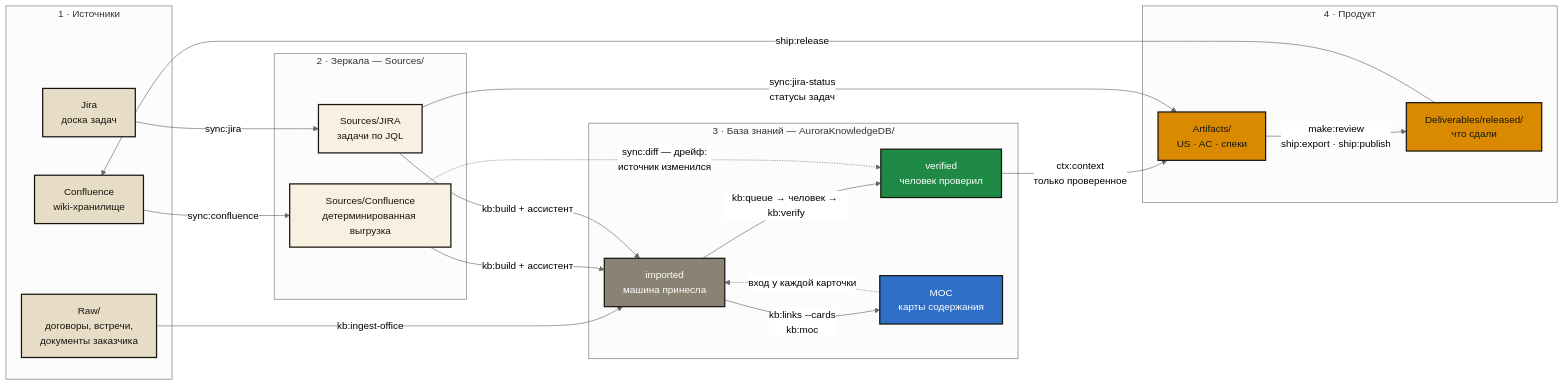
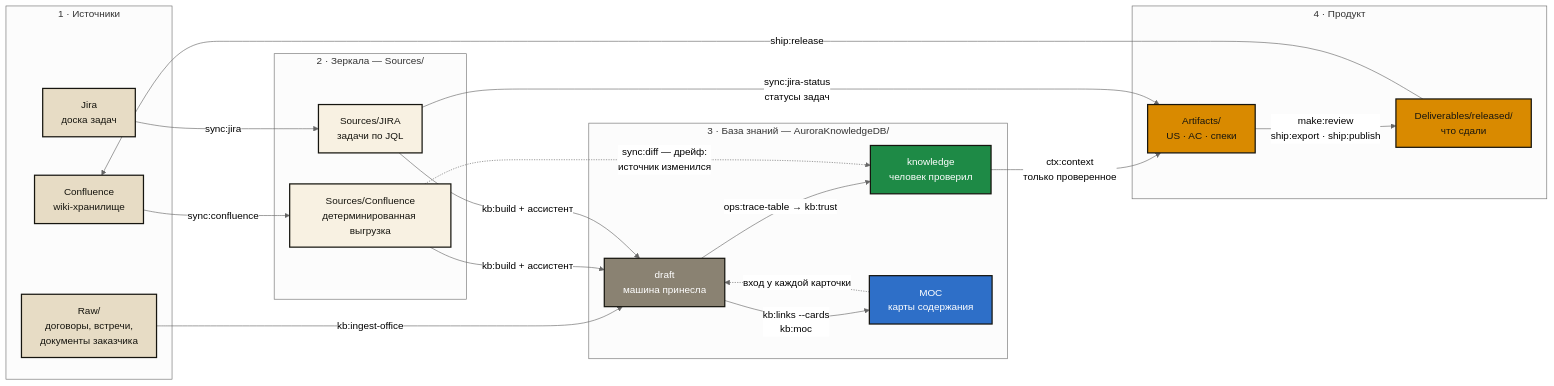
Before and after one commit to VVG-web/aurora-studio: the first of 2 diagrams in docs/lifecycle.md, drawn with Mermaid (neutral theme). The commit also changed other lines of this file and 9 other files, not shown here.

````diff
--- a/docs/lifecycle.md
+++ b/docs/lifecycle.md
@@ -10,51 +10,51 @@
 ```mermaid
 flowchart LR
   subgraph SRC["1 · Источники"]
     CONF["Confluence\nwiki-хранилище"]
     JIRA["Jira\nдоска задач"]
     RAW["Raw/\nдоговоры, встречи,\nдокументы заказчика"]
   end
 
   subgraph MIR["2 · Зеркала — Sources/"]
     MCONF["Sources/Confluence\nдетерминированная выгрузка"]
     MJIRA["Sources/JIRA\nзадачи по JQL"]
   end
 
   subgraph KB["3 · База знаний — AuroraKnowledgeDB/"]
-    IMP["imported\nмашина принесла"]
-    VER["verified\nчеловек проверил"]
+    IMP["draft\nмашина принесла"]
+    VER["knowledge\nчеловек проверил"]
     MOC["MOC\nкарты содержания"]
   end
 
   subgraph OUT["4 · Продукт"]
     ART["Artifacts/\nUS · AC · спеки"]
     DEL["Deliverables/released/\nчто сдали"]
   end
 
   CONF -->|"sync:confluence"| MCONF
   JIRA -->|"sync:jira"| MJIRA
   RAW -->|"kb:ingest-office"| IMP
   MCONF -->|"kb:build + ассистент"| IMP
   MJIRA -->|"kb:build + ассистент"| IMP
   IMP -->|"kb:links --cards\nkb:moc"| MOC
   MOC -.->|"вход у каждой карточки"| IMP
-  IMP -->|"kb:queue → человек → kb:verify"| VER
+  IMP -->|"ops:trace-table → kb:trust"| VER
   VER -->|"ctx:context\nтолько проверенное"| ART
   ART -->|"make:review\nship:export · ship:publish"| DEL
   DEL -->|"ship:release"| CONF
   MJIRA -->|"sync:jira-status\nстатусы задач"| ART
   MCONF -.->|"sync:diff — дрейф:\nисточник изменился"| VER
 
   classDef src fill:#E7DCC5,stroke:#16150F,stroke-width:2px,color:#16150F
   classDef mir fill:#F8F1E2,stroke:#16150F,stroke-width:2px,color:#16150F
   classDef imp fill:#8A8272,stroke:#16150F,stroke-width:2px,color:#FFFFFF
   classDef ver fill:#1E8A46,stroke:#16150F,stroke-width:2px,color:#FFFFFF
   classDef moc fill:#2E6FC8,stroke:#16150F,stroke-width:2px,color:#FFFFFF
   classDef out fill:#D98A00,stroke:#16150F,stroke-width:2px,color:#16150F
   class CONF,JIRA,RAW src
   class MCONF,MJIRA mir
   class IMP imp
   class VER ver
   class MOC moc
   class ART,DEL out
 ```
````
